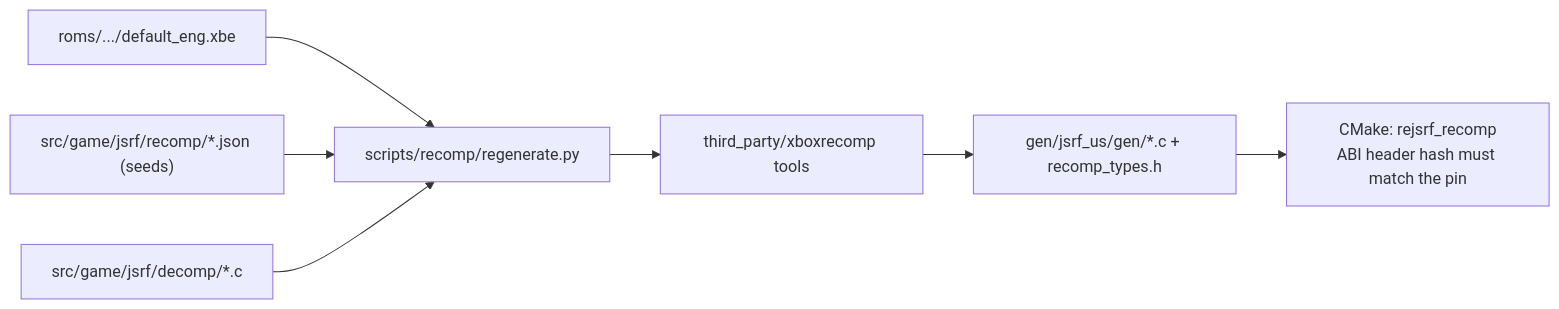
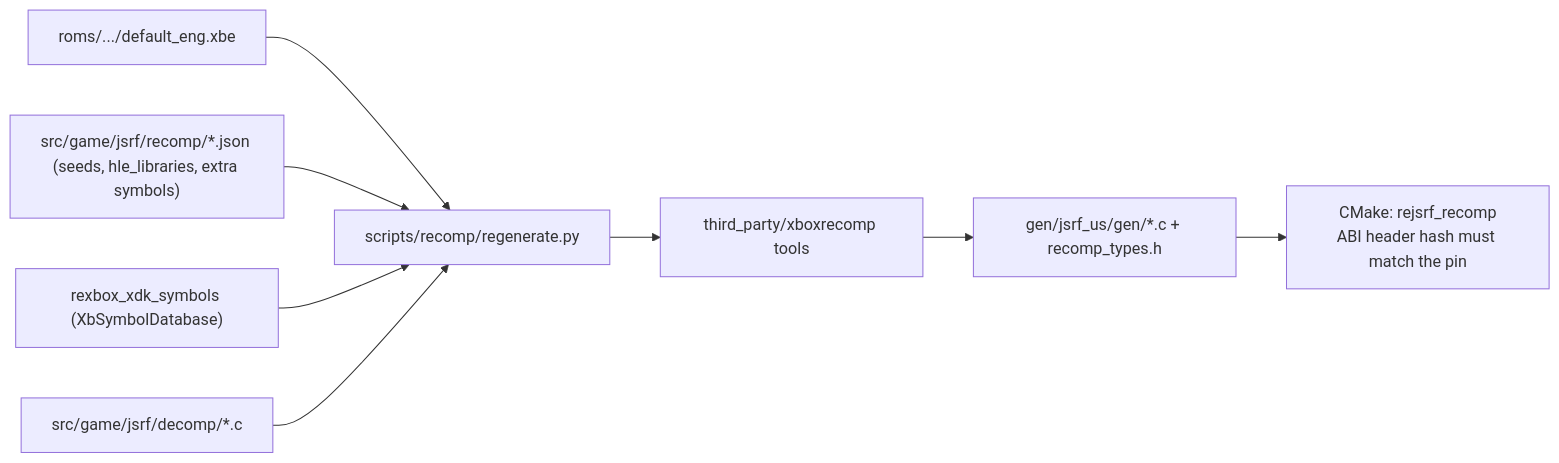
One commit to nworkers/reJSRF changed the second of 3 diagrams in ARCHITECTURE.md. Above: the diagram before and after it, drawn with Mermaid. The commit also changed other lines of this file and 27 other files, not shown here.

First line of the commit message:
v0.0.2: CI on Node.js 24, XDK identification and D3D8 HLE routing (#8)

````diff
--- a/ARCHITECTURE.md
+++ b/ARCHITECTURE.md
@@ -65,9 +66,10 @@
 ```mermaid
 flowchart LR
     XBE["roms/.../default_eng.xbe"] --> REGEN["scripts/recomp/regenerate.py"]
-    SEEDS["src/game/jsrf/recomp/*.json (seeds)"] --> REGEN
+    SEEDS["src/game/jsrf/recomp/*.json (seeds, hle_libraries, extra symbols)"] --> REGEN
+    SYM["rexbox_xdk_symbols (XbSymbolDatabase)"] --> REGEN
     DECOMP["src/game/jsrf/decomp/*.c"] --> REGEN
     REGEN --> TOOLS["third_party/xboxrecomp tools"]
     TOOLS --> GEN["gen/jsrf_us/gen/*.c + recomp_types.h"]
     GEN --> CMAKE["CMake: rejsrf_recomp<br/>ABI header hash must match the pin"]
 ```
````
